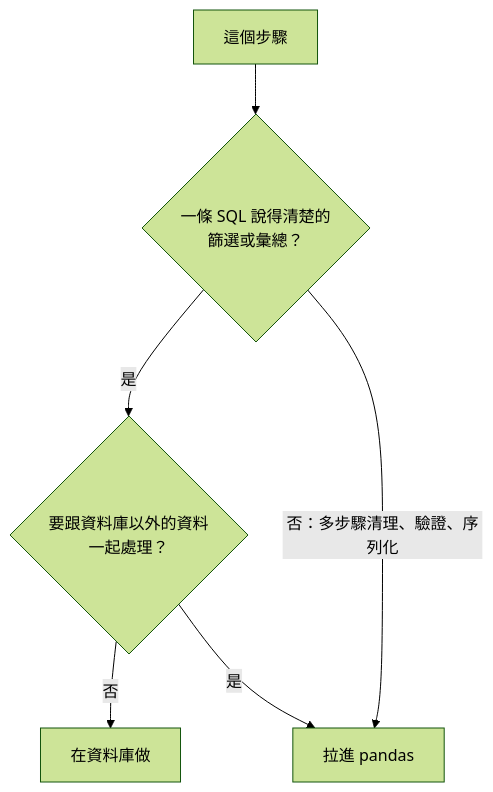
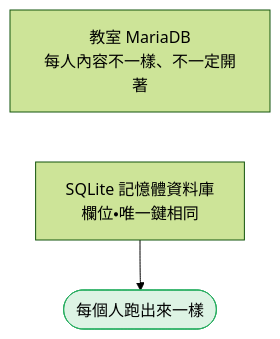
The third of 14 diagrams in 2026/04-sql-or-pandas.md (4-learn/data-analysis-and-process-demo), drawn with Mermaid (forest theme) before and after one commit. The commit also changed other lines of this file and 39 other files, not shown here.

Commit message:
[pm] docs: 18 節改為「每段一張圖」：程式切成小段，每段附位置圖與步驟圖

````diff
--- a/2026/04-sql-or-pandas.md
+++ b/2026/04-sql-or-pandas.md
@@ -119,8 +50,9 @@
 ```mermaid
 flowchart TD
-    Q["這個步驟"] --> A{"一條 SQL 說得清楚的<br/>篩選或彙總？"}
-    A -- "是" --> B{"要跟資料庫以外的資料<br/>一起處理？"}
-    B -- "否" --> DB["在資料庫做"]
-    B -- "是" --> PD["拉進 pandas"]
-    A -- "否：多步驟清理、驗證、序列化" --> PD
+    A["教室 MariaDB<br/>每人內容不一樣、不一定開著"]
+    B["SQLite 記憶體資料庫<br/>欄位・唯一鍵相同"] --> C(["每個人跑出來一樣"])
+    A ~~~ B
+    classDef bad fill:#fde2e1,stroke:#c0392b
+    classDef good fill:#ddf3e4,stroke:#27ae60
+    class C good
 ```
````
